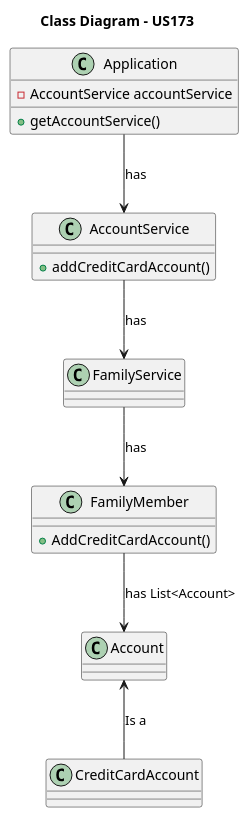
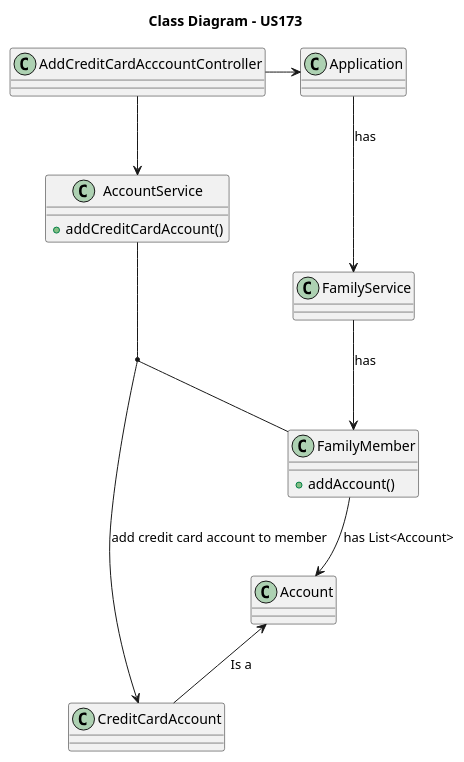
One commit to tomas-osswald/switch_2020_g3 changed the fourth of 4 diagrams in docs/sprint2/user_stories/US173_AddCreditCardAccount.md. Above: the diagram before and after it, drawn with PlantUML. The commit also changed other lines of this file, not shown here.

Commit message:
changes to Class Diagram for us 173

````diff
--- a/docs/sprint2/user_stories/US173_AddCreditCardAccount.md
+++ b/docs/sprint2/user_stories/US173_AddCreditCardAccount.md
@@ -139,32 +139,35 @@
 ```puml
 
 title Class Diagram - US173
 
+class AddCreditCardAcccountController {
+}
+
 class Application {
-  - AccountService accountService
-  + getAccountService()
 }
 
 class AccountService {
-   + addCreditCardAccount()
++ addCreditCardAccount()
 }
 
 class FamilyService {
    }
    
 class FamilyMember {
-    + AddCreditCardAccount()
+    + addAccount()
 }
 
 class Account {
 }
 
 class CreditCardAccount {
 }
 
-Application --> AccountService : has
-AccountService --> FamilyService : has
+AddCreditCardAcccountController  -> Application
+AddCreditCardAcccountController  -down-> AccountService
+(AccountService, FamilyMember) -> CreditCardAccount : add credit card account to member
+Application --> FamilyService : has
 FamilyService --> FamilyMember : has
 FamilyMember --> Account : has List<Account>
 Account  <-- CreditCardAccount : Is a
 ```
````
